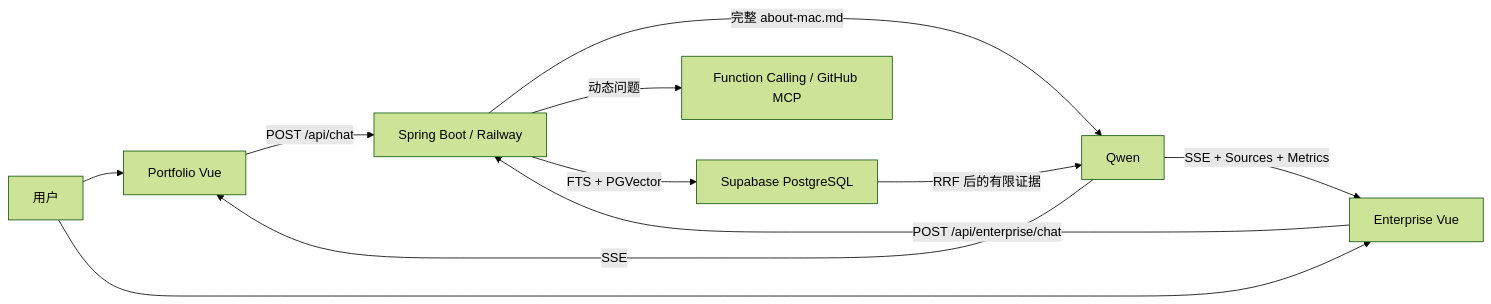
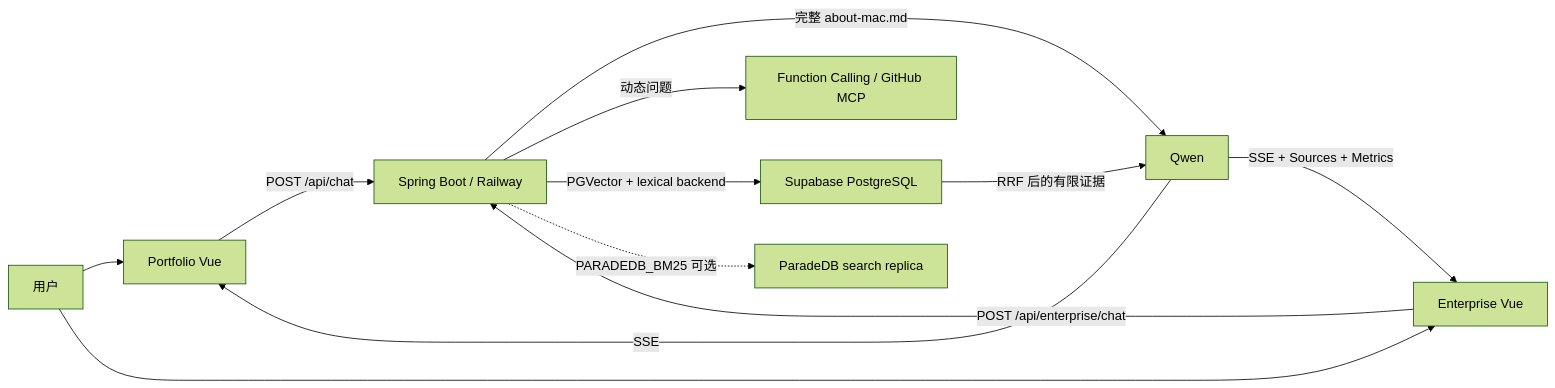
The first of 4 diagrams in README.md (Tmakerchima/portfolio-rag), drawn with Mermaid (forest theme) before and after one commit. The commit also changed other lines of this file and 29 other files, not shown here.

````diff
--- a/README.md
+++ b/README.md
@@ -26,13 +26,14 @@
 ```mermaid
 flowchart LR
     U["用户"] --> PF["Portfolio Vue"]
     U --> EF["Enterprise Vue"]
     PF -->|"POST /api/chat"| B["Spring Boot / Railway"]
     EF -->|"POST /api/enterprise/chat"| B
     B -->|"完整 about-mac.md"| Q["Qwen"]
     B -->|"动态问题"| T["Function Calling / GitHub MCP"]
-    B -->|"FTS + PGVector"| P["Supabase PostgreSQL"]
+    B -->|"PGVector + lexical backend"| P["Supabase PostgreSQL"]
+    B -.->|"PARADEDB_BM25 可选"| S["ParadeDB search replica"]
     P -->|"RRF 后的有限证据"| Q
     Q -->|"SSE"| PF
     Q -->|"SSE + Sources + Metrics"| EF
 ```
````
